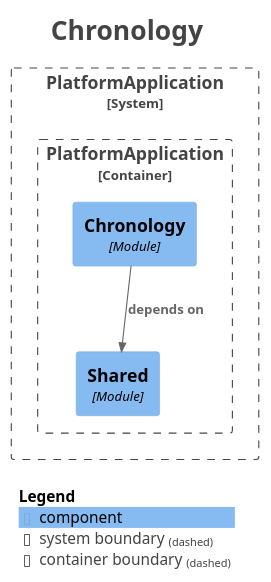
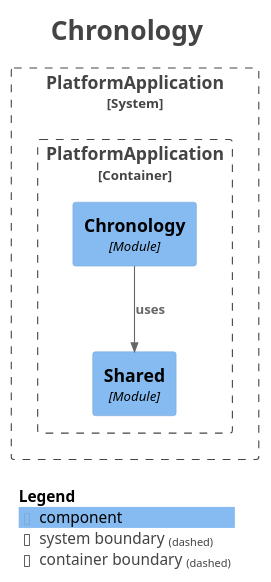
One commit to Asiman77/HistoryAsAGame changed the diagram in docs/modules/module-chronology.puml. Above: the diagram before and after it, drawn with PlantUML. The commit also changed 16 other files, not shown here.

```diff
--- a/docs/modules/module-chronology.puml
+++ b/docs/modules/module-chronology.puml
@@ -1,30 +1,30 @@
 @startuml
 title <size:24>Chronology</size>
 
 set separator none
 top to bottom direction
 
 <style>
   root {
     BackgroundColor: #ffffff
     FontColor: #444444
   }
 </style>
 
 !include <C4/C4>
 !include <C4/C4_Context>
 !include <C4/C4_Component>
 
 System_Boundary("PlatformApplication_boundary", "PlatformApplication", $tags="") {
   Container_Boundary("PlatformApplication.PlatformApplication_boundary", "PlatformApplication", $tags="") {
     Component(PlatformApplication.PlatformApplication.Shared, "Shared", $techn="Module", $descr="", $tags="", $link="")
     Component(PlatformApplication.PlatformApplication.Chronology, "Chronology", $techn="Module", $descr="", $tags="", $link="")
   }
 
 }
 
-Rel(PlatformApplication.PlatformApplication.Chronology, PlatformApplication.PlatformApplication.Shared, "depends on", $techn="", $tags="", $link="")
+Rel(PlatformApplication.PlatformApplication.Chronology, PlatformApplication.PlatformApplication.Shared, "uses", $techn="", $tags="", $link="")
 
 SHOW_LEGEND(true)
 hide stereotypes
 @enduml
```
